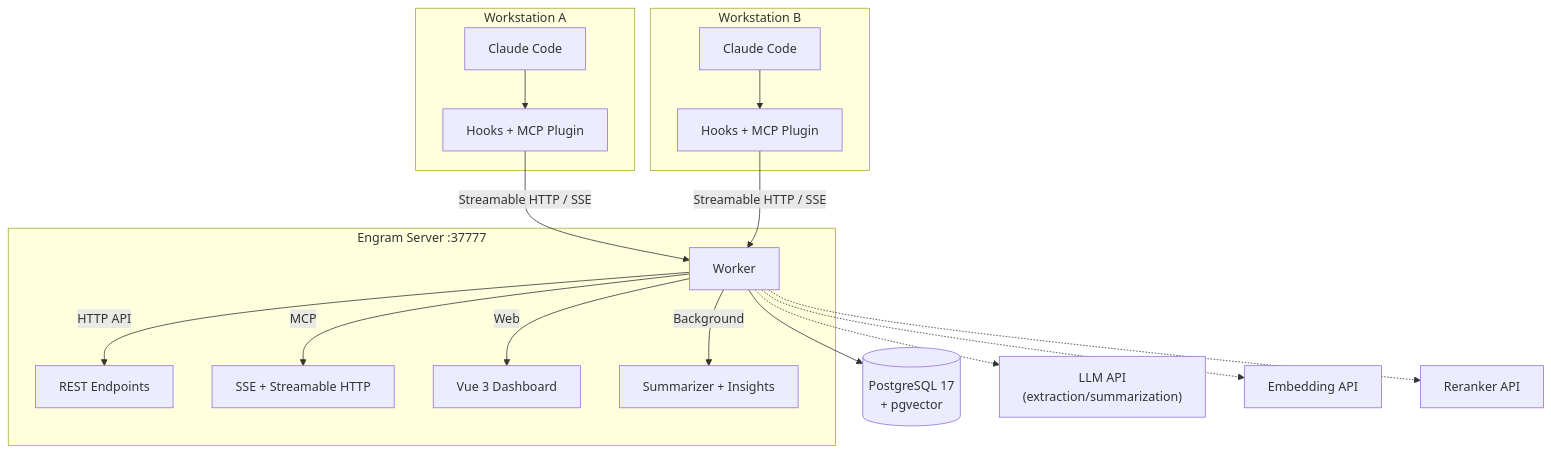
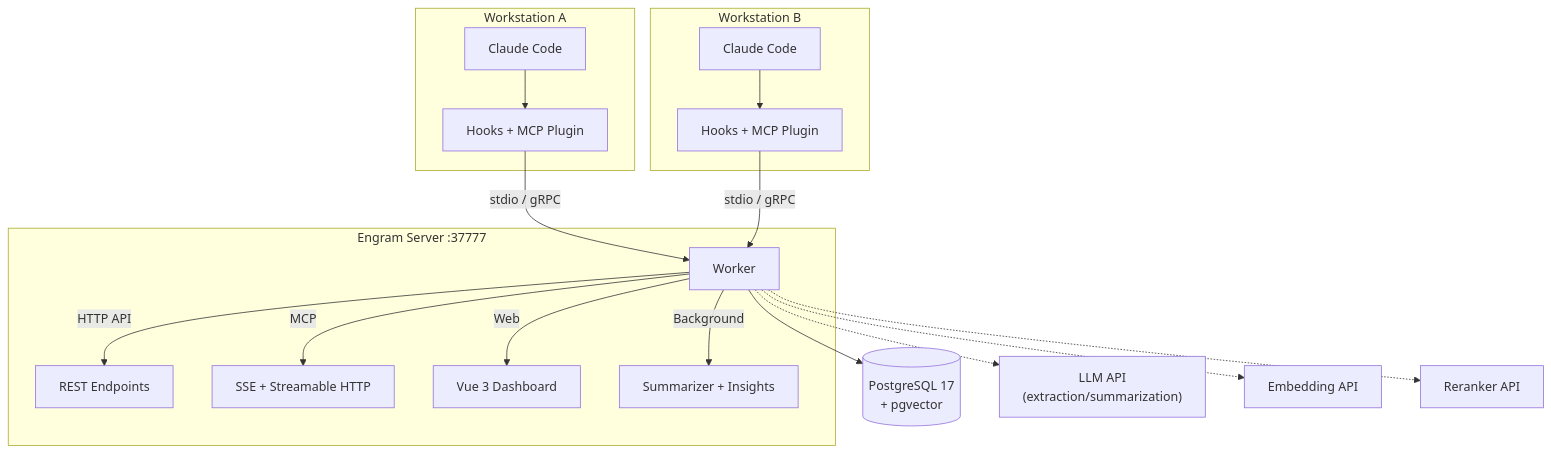
Before and after one commit to thebtf/engram: the diagram in README.md, drawn with Mermaid. The commit also changed other lines of this file, not shown here.

Commit message:
docs: update What's New to v4.0.0, fix architecture description

````diff
--- a/README.md
+++ b/README.md
@@ -51,30 +52,30 @@
 ```mermaid
 graph TB
     subgraph "Workstation A"
         CC_A[Claude Code]
         H_A[Hooks + MCP Plugin]
         CC_A --> H_A
     end
 
     subgraph "Workstation B"
         CC_B[Claude Code]
         H_B[Hooks + MCP Plugin]
         CC_B --> H_B
     end
 
-    H_A -- "Streamable HTTP / SSE" --> Server
-    H_B -- "Streamable HTTP / SSE" --> Server
+    H_A -- "stdio / gRPC" --> Server
+    H_B -- "stdio / gRPC" --> Server
 
     subgraph "Engram Server :37777"
         Server[Worker]
         Server --> |HTTP API| API[REST Endpoints]
         Server --> |MCP| MCP_T["SSE + Streamable HTTP"]
         Server --> |Web| Dash["Vue 3 Dashboard"]
         Server --> |Background| BG["Summarizer + Insights"]
     end
 
     Server --> PG[(PostgreSQL 17\n+ pgvector)]
     Server -.-> LLM["LLM API\n(extraction/summarization)"]
     Server -.-> EMB["Embedding API"]
     Server -.-> RR["Reranker API"]
 ```
````
